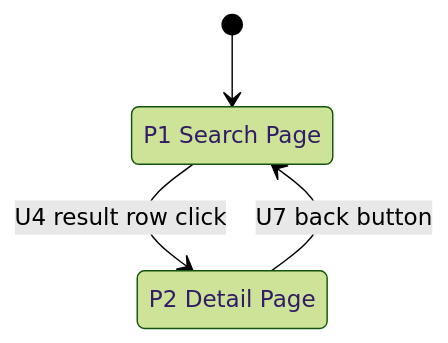
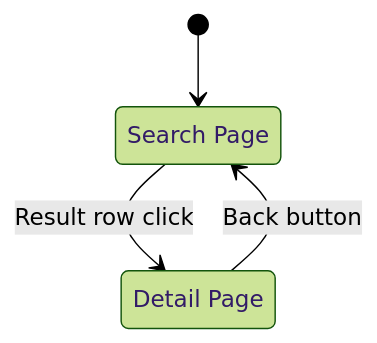
One commit to nosakhare/shaping-skills changed the first of 2 diagrams in breadboarding/SKILL.md. Above: the diagram before and after it, drawn with Mermaid (forest theme). The commit also changed other lines of this file and 4 other files, not shown here.

````diff
--- a/breadboarding/SKILL.md
+++ b/breadboarding/SKILL.md
@@ -241,9 +241,9 @@
 ```mermaid
 stateDiagram-v2
-    [*] --> P1
-    P1: P1 Search Page
-    P2: P2 Detail Page
+    [*] --> SearchPage
+    SearchPage: Search Page
+    DetailPage: Detail Page
 
-    P1 --> P2 : U4 result row click
-    P2 --> P1 : U7 back button
+    SearchPage --> DetailPage : Result row click
+    DetailPage --> SearchPage : Back button
 ```
````
